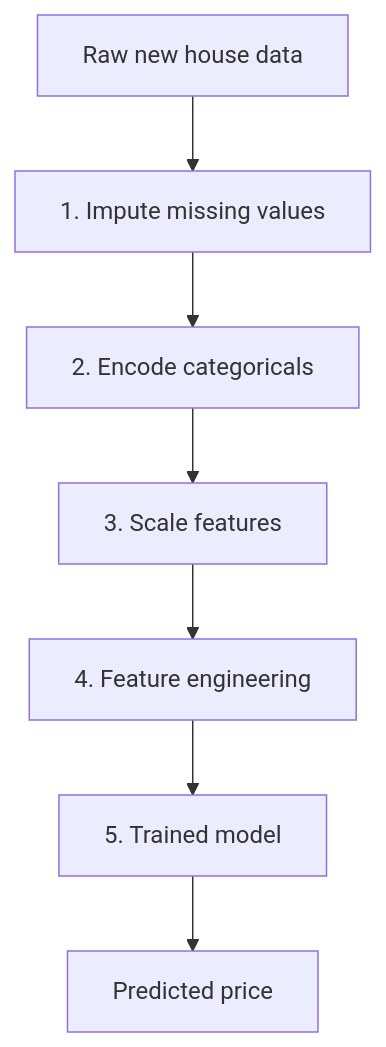
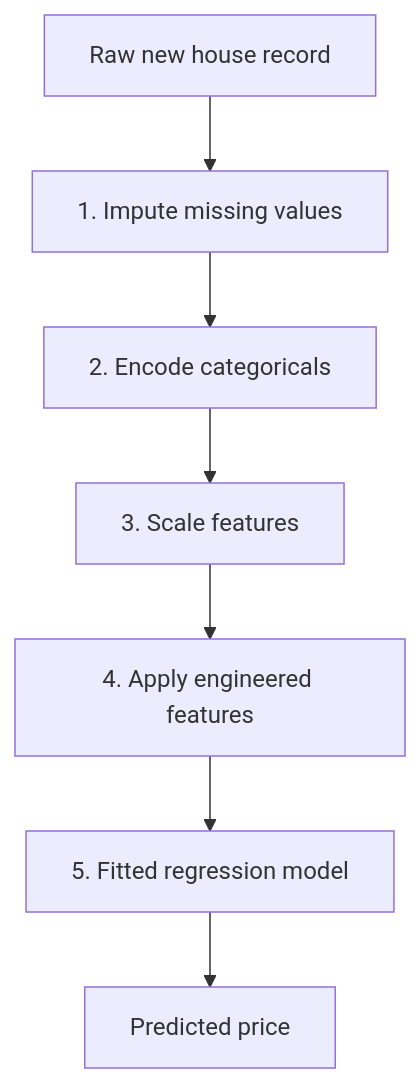
One commit to mhd-riaz/data-scientist-roadmap changed the second of 3 diagrams in semester-1/05-supervised-ml-regression/notes/06-deployment-and-case-study.md. Above: the diagram before and after it, drawn with Mermaid. The commit also changed other lines of this file and 5 other files, not shown here.

````diff
--- a/semester-1/05-supervised-ml-regression/notes/06-deployment-and-case-study.md
+++ b/semester-1/05-supervised-ml-regression/notes/06-deployment-and-case-study.md
@@ -41,9 +55,9 @@
 ```mermaid
 flowchart TD
-    A[Raw new house data] --> B[1. Impute missing values]
-    B --> C[2. Encode categoricals]
-    C --> D[3. Scale features]
-    D --> E[4. Feature engineering]
-    E --> F[5. Trained model]
+    A[Raw new house record] --> B["1. Impute missing values"]
+    B --> C["2. Encode categoricals"]
+    C --> D["3. Scale features"]
+    D --> E["4. Apply engineered features"]
+    E --> F["5. Fitted regression model"]
     F --> G[Predicted price]
 ```
````
